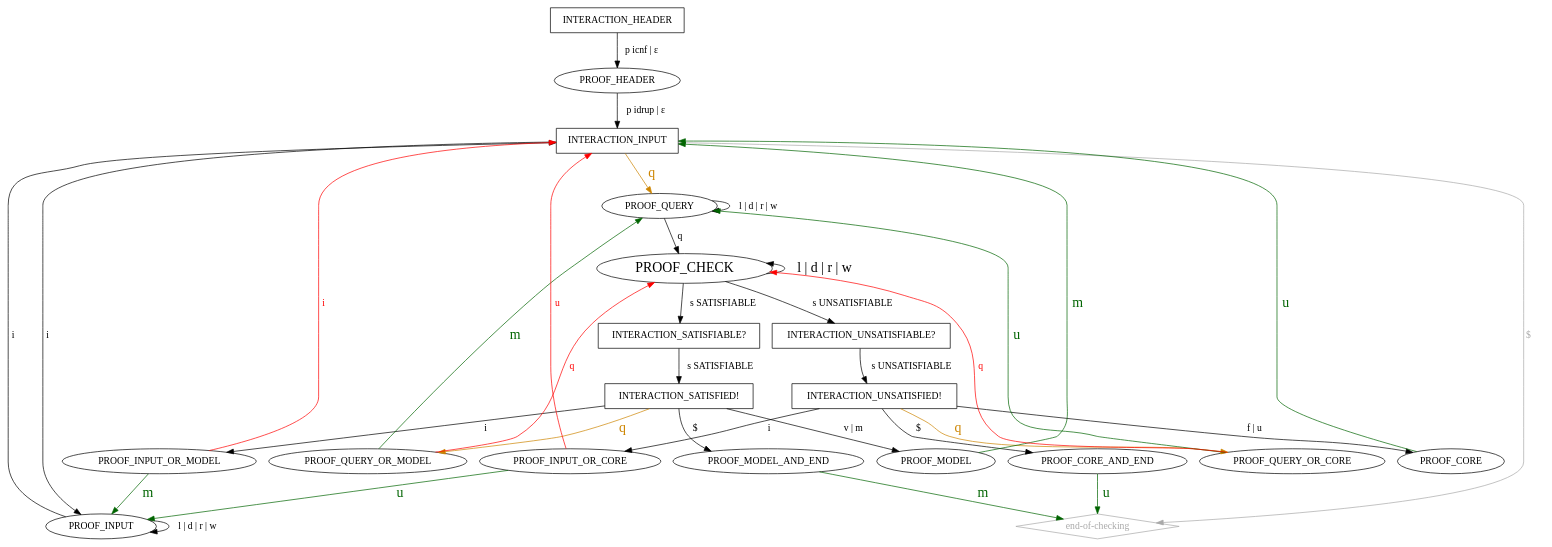
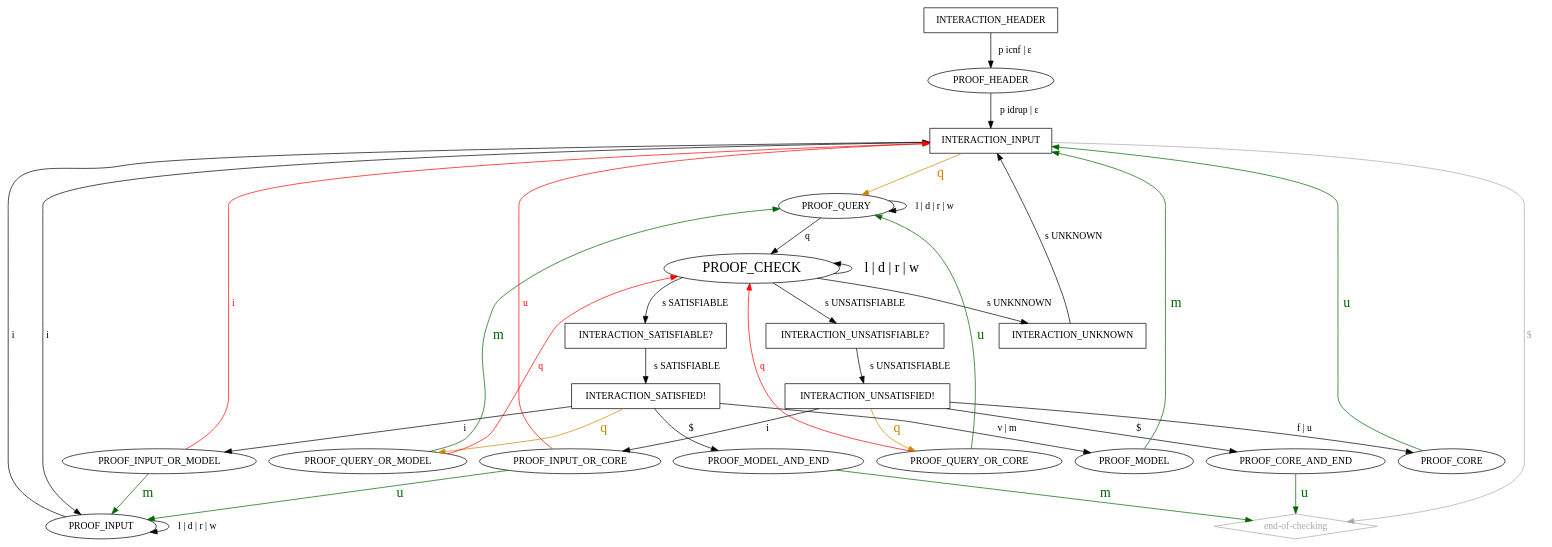
Before and after one commit to arminbiere/lidrup-check: the diagram in idrup-check-relaxed.dot, drawn with Graphviz. The commit also changed 5 other files, not shown here.

```diff
--- a/idrup-check-relaxed.dot
+++ b/idrup-check-relaxed.dot
@@ -1,60 +1,64 @@
 digraph "idrup-check" {
 
   INTERACTION_HEADER [shape=box];
   INTERACTION_HEADER -> PROOF_HEADER [label=" p icnf | ε "];
   PROOF_HEADER -> INTERACTION_INPUT [label=" p idrup | ε "];
 
   "end-of-checking" [shape=diamond,color=darkgray,fontcolor=darkgray];
   "end-of-checking" -> INTERACTION_INPUT [label="$    ",dir=back,color=darkgray,fontcolor=darkgray];
 
   INTERACTION_INPUT [shape=box];
   INTERACTION_INPUT -> PROOF_INPUT [label=" i "];
   INTERACTION_INPUT -> PROOF_QUERY [label=" q ",color=orange3,fontsize=20,fontcolor=orange3];
 
   PROOF_INPUT -> INTERACTION_INPUT [label=" i "];
   PROOF_INPUT -> PROOF_INPUT [label=" l | d | r | w "];
 
   PROOF_QUERY -> PROOF_CHECK [label=" q "];
   PROOF_QUERY -> PROOF_QUERY [label=" l | d | r | w "];
 
   PROOF_CHECK [fontsize=20];
   PROOF_CHECK -> PROOF_CHECK [label=" l | d | r | w ",dir=back,fontsize=20];
   PROOF_CHECK -> INTERACTION_SATISFIABLE [label=" s SATISFIABLE "];
   PROOF_CHECK -> INTERACTION_UNSATISFIABLE [label=" s UNSATISFIABLE "];
+  PROOF_CHECK -> INTERACTION_UNKNOWN [label=" s UNKNNOWN "];
 
   INTERACTION_UNSATISFIABLE [shape="box",label="INTERACTION_UNSATISFIABLE?"];
   INTERACTION_UNSATISFIABLE -> INTERACTION_UNSATISFIED [label=" s UNSATISFIABLE "];
 
   INTERACTION_SATISFIABLE [shape="box",label="INTERACTION_SATISFIABLE?"];
   INTERACTION_SATISFIABLE -> INTERACTION_SATISFIED [label=" s SATISFIABLE "];
 
   INTERACTION_SATISFIED [shape=box,label="INTERACTION_SATISFIED!"];
   INTERACTION_SATISFIED -> PROOF_MODEL [label=" v | m "];
   INTERACTION_SATISFIED -> PROOF_INPUT_OR_MODEL [label=" i "];
   INTERACTION_SATISFIED -> PROOF_QUERY_OR_MODEL [label=" q ", color=orange3,fontsize=20,fontcolor=orange3];
   INTERACTION_SATISFIED -> PROOF_MODEL_AND_END [label=" $ "];
 
   INTERACTION_UNSATISFIED [shape=box,label="INTERACTION_UNSATISFIED!"];
   INTERACTION_UNSATISFIED -> PROOF_CORE [label=" f | u "];
   INTERACTION_UNSATISFIED -> PROOF_INPUT_OR_CORE [label=" i "];
   INTERACTION_UNSATISFIED -> PROOF_QUERY_OR_CORE [label=" q ",color=orange3,fontsize=20,fontcolor=orange3];
   INTERACTION_UNSATISFIED -> PROOF_CORE_AND_END [label=" $ "];
 
+  INTERACTION_UNKNOWN [shape=box];
+  INTERACTION_UNKNOWN -> INTERACTION_INPUT [label="s UNKNOWN",weight=2];
+
   PROOF_MODEL_AND_END -> "end-of-checking" [label=" m ",color=darkgreen,fontsize=20,fontcolor=darkgreen];
   PROOF_CORE_AND_END -> "end-of-checking" [label=" u ",color=darkgreen,fontsize=20,fontcolor=darkgreen];
 
   PROOF_MODEL -> INTERACTION_INPUT [label=" m ",color=darkgreen,fontsize=20,fontcolor=darkgreen];
   PROOF_CORE -> INTERACTION_INPUT [label=" u ",color=darkgreen,fontsize=20,fontcolor=darkgreen];
 
   PROOF_INPUT_OR_MODEL -> INTERACTION_INPUT [label=" i ",color=red,fontcolor=red];
   PROOF_INPUT_OR_MODEL -> PROOF_INPUT [label=" m ", color=darkgreen,fontcolor=darkgreen,fontsize=20];
 
   PROOF_QUERY_OR_MODEL -> PROOF_QUERY [label=" m ",color=darkgreen,fontcolor=darkgreen,fontsize=20];
   PROOF_QUERY_OR_MODEL -> PROOF_CHECK [label=" q ",color=red,fontcolor=red];
 
   PROOF_QUERY_OR_CORE -> PROOF_QUERY [label=" u ",color=darkgreen,fontcolor=darkgreen,fontsize=20];
   PROOF_QUERY_OR_CORE -> PROOF_CHECK [label=" q ",color=red,fontcolor=red];
 
   PROOF_INPUT_OR_CORE -> PROOF_INPUT [label=" u ",color=darkgreen,fontcolor=darkgreen,fontsize=20];
   PROOF_INPUT_OR_CORE -> INTERACTION_INPUT [label=" u ",color=red,fontcolor=red];
 }
```
